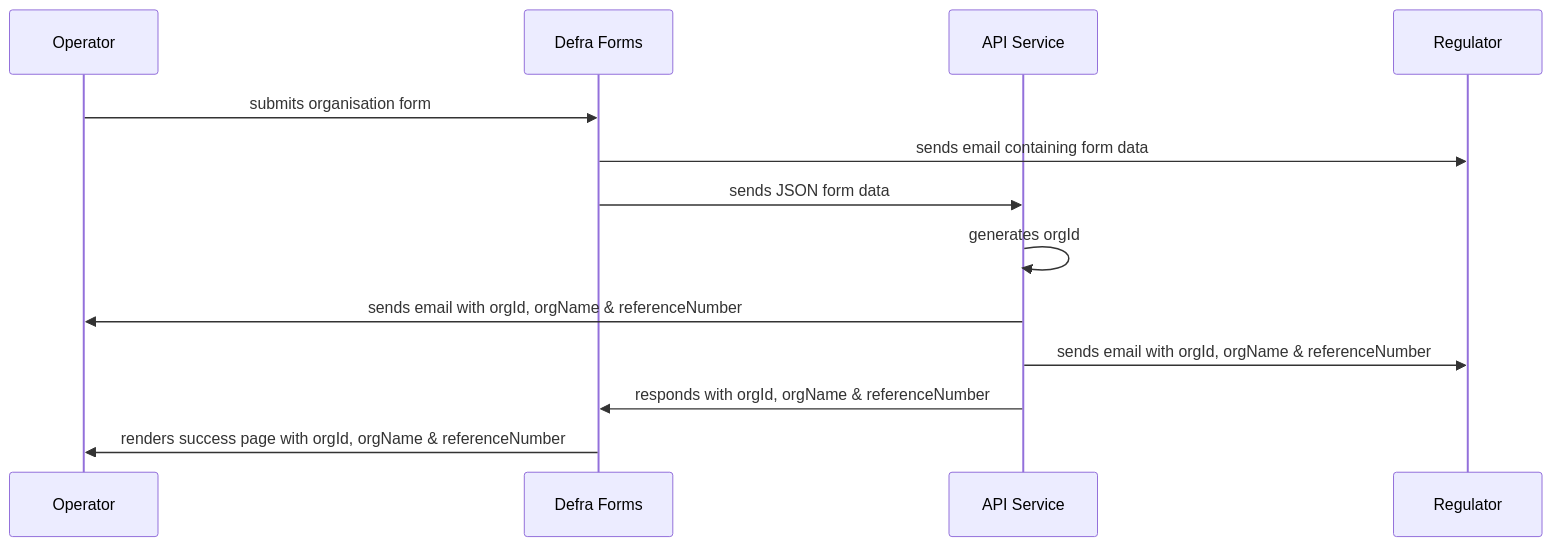
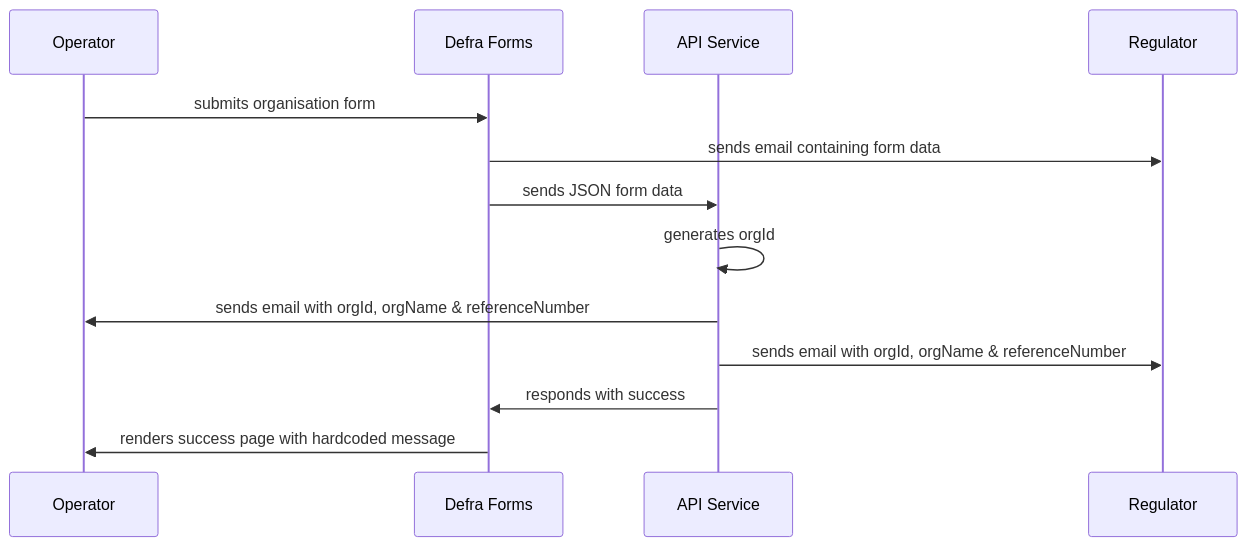
The second of 10 diagrams in docs/architecture/defined/2025-reg-acc-lld.md (DEFRA/epr-backend), drawn with Mermaid before and after one commit. The commit also changed other lines of this file, not shown here.

Commit message:
PAE-158: update Reg & Acc LLD to remove API response data

````diff
--- a/docs/architecture/defined/2025-reg-acc-lld.md
+++ b/docs/architecture/defined/2025-reg-acc-lld.md
@@ -94,15 +98,15 @@
 ```mermaid
 sequenceDiagram
   participant Operator
   participant Defra Forms
   participant API Service
   participant Regulator
   Operator->>Defra Forms: submits organisation form
   Defra Forms->>Regulator: sends email containing form data
   Defra Forms->>API Service: sends JSON form data
   API Service->>API Service: generates orgId
   API Service->>Operator: sends email with orgId, orgName & referenceNumber
   API Service->>Regulator: sends email with orgId, orgName & referenceNumber
-  API Service->>Defra Forms: responds with orgId, orgName & referenceNumber
-  Defra Forms->>Operator: renders success page with orgId, orgName & referenceNumber
+  API Service->>Defra Forms: responds with success
+  Defra Forms->>Operator: renders success page with hardcoded message
 ```
````
